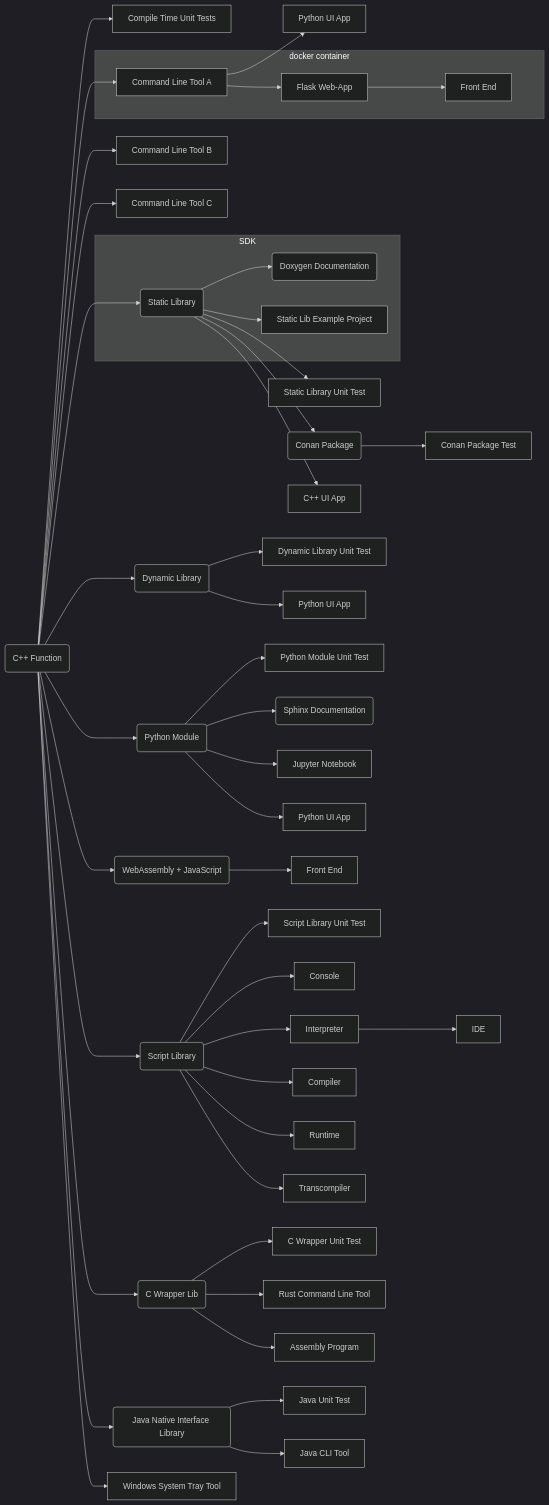
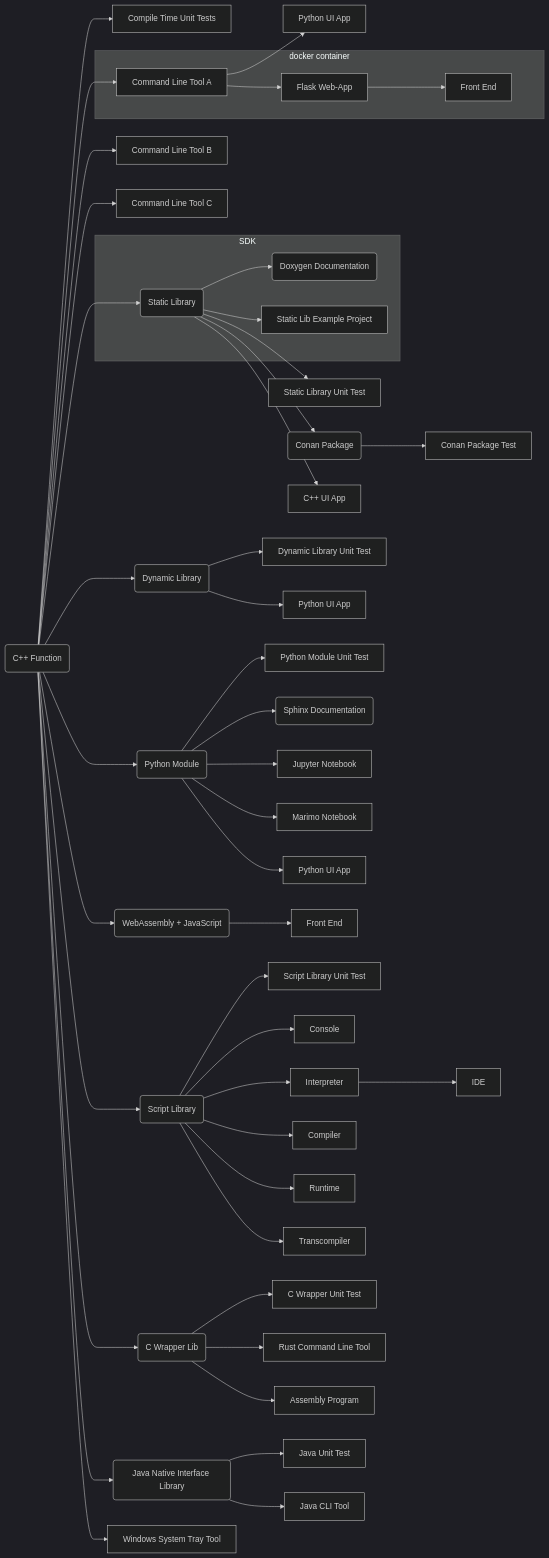
Before and after one commit to SebastianBach/full-stack: the diagram in README.md, drawn with Mermaid (dark theme). The commit also changed other lines of this file and 3 other files, not shown here.

Commit message:
marimo notebook

````diff
--- a/README.md
+++ b/README.md
@@ -55,66 +56,67 @@
 ```mermaid
   flowchart LR;
 
     F(C++ Function) --> CUT[Compile Time Unit Tests];
 
     F --> CLI1[Command Line Tool A]
     F --> CLI2[Command Line Tool B]
     F --> CLI3[Command Line Tool C]
 
     CLI1 --> PYAPP2[Python UI App]
 
     F --> LIB(Static Library)
     
     subgraph SDK
     LIB --> DOXYGEN(Doxygen Documentation)
     LIB --> LIBEX[Static Lib Example Project]
     end
 
     LIB --> LIBTEST[Static Library Unit Test]
     LIB --> C(Conan Package)
 
     LIB --> QTCPP[C++ UI App]
 
     F --> DLL(Dynamic Library)
     DLL --> DLLTEST[Dynamic Library Unit Test]
     DLL --> QTPYDLL[Python UI App]
 
     C --> CT[Conan Package Test]
 
     F --> PY(Python Module)
 
     subgraph docker container
     CLI1 --> SERVER[Flask Web-App]
     SERVER --> FRONT[Front End]
     end
 
     PY --> PYTEST[Python Module Unit Test]
     PY --> SPHINX(Sphinx Documentation)
     PY --> NOTEBOOK[Jupyter Notebook] 
+    PY --> MARIMO[Marimo Notebook]  
     PY --> PYAPP[Python UI App]
 
     F --> WASM(WebAssembly + JavaScript)
 
     WASM --> WASMF[Front End]
 
     F --> SCRIPTLIB(Script Library)
 
     SCRIPTLIB --> SCRIPT_TEST[Script Library Unit Test]
     SCRIPTLIB --> SCRIPT_CONSOLE[Console]
     SCRIPTLIB --> SCRIPT_INTERPRETER[Interpreter]
     SCRIPT_INTERPRETER --> SCRIPT_IDE[IDE]
     SCRIPTLIB --> SCRIPT_COMPILER[Compiler]
     SCRIPTLIB --> SCRIPT_RUNTIME[Runtime]
     SCRIPTLIB --> SCRIPT_CONVERT[Transcompiler]
 
     F --> CWRAPPER(C Wrapper Lib)
     CWRAPPER --> CWRAPPER_TEST[C Wrapper Unit Test]
     CWRAPPER --> RUST_APP[Rust Command Line Tool]  
     CWRAPPER --> ASM[Assembly Program] 
 
     F --> JAVA_LIB(Java Native Interface Library)
     JAVA_LIB --> JAVA_UNIT_TEST[Java Unit Test]  
     JAVA_LIB --> JAVA_APP[Java CLI Tool] 
 
     F --> WIN_TRAY[Windows System Tray Tool]
 ```
````
